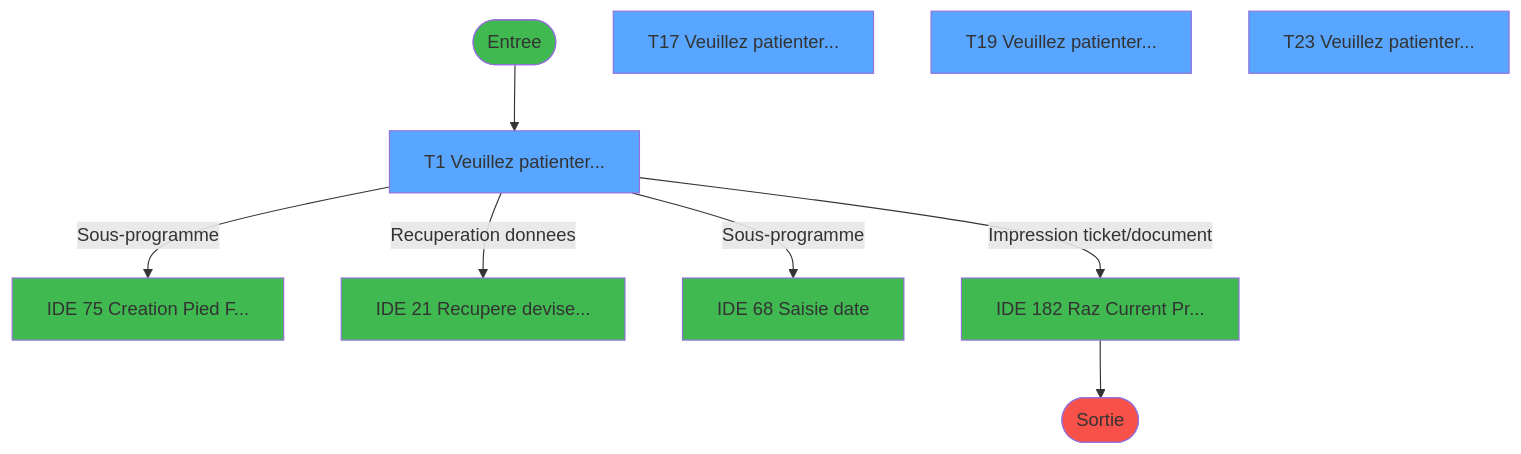
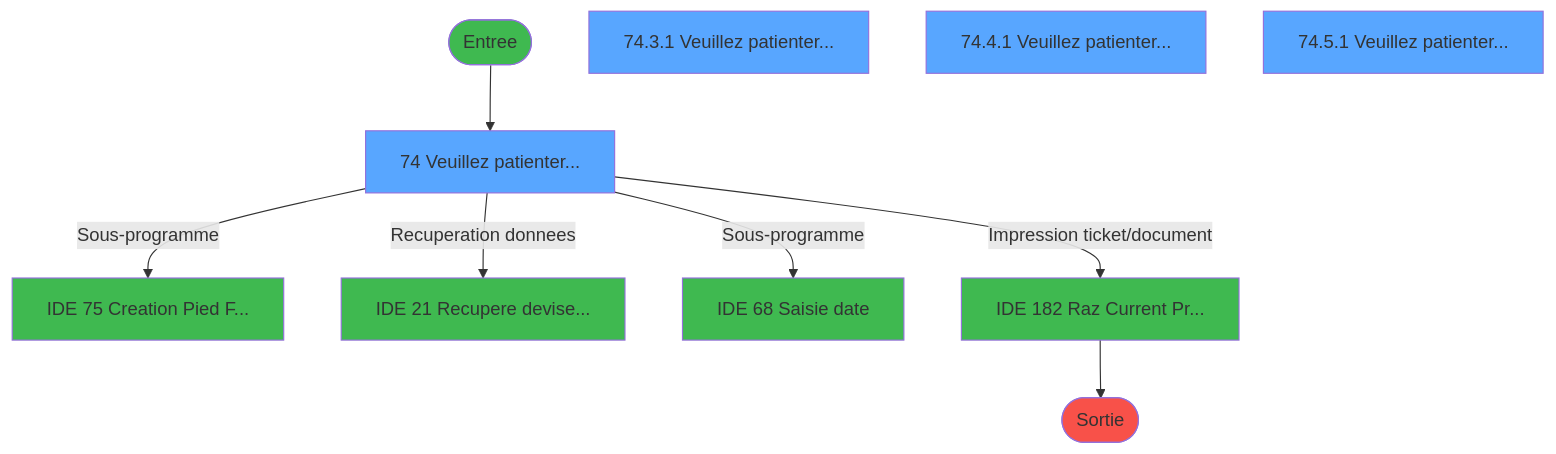
One commit to thonyAGP/lecteur-magic changed the first of 4 diagrams in .openspec/specs/ADH-IDE-74.md. Above: the diagram before and after it, drawn with Mermaid. The commit also changed other lines of this file and 493 other files, not shown here.

````diff
--- a/.openspec/specs/ADH-IDE-74.md
+++ b/.openspec/specs/ADH-IDE-74.md
@@ -604,29 +656,29 @@
 ```mermaid
 flowchart TD
     START([Entree])
     style START fill:#3fb950
-    VF1[T1 Veuillez patienter...]
+    VF1[74 Veuillez patienter...]
     style VF1 fill:#58a6ff
-    VF17[T17 Veuillez patienter...]
+    VF17[74.3.1 Veuillez patienter...]
     style VF17 fill:#58a6ff
-    VF19[T19 Veuillez patienter...]
+    VF19[74.4.1 Veuillez patienter...]
     style VF19 fill:#58a6ff
-    VF23[T23 Veuillez patienter...]
+    VF23[74.5.1 Veuillez patienter...]
     style VF23 fill:#58a6ff
     EXT75[IDE 75 Creation Pied F...]
     style EXT75 fill:#3fb950
     EXT21[IDE 21 Recupere devise...]
     style EXT21 fill:#3fb950
     EXT68[IDE 68 Saisie date]
     style EXT68 fill:#3fb950
     EXT182[IDE 182 Raz Current Pr...]
     style EXT182 fill:#3fb950
     FIN([Sortie])
     style FIN fill:#f85149
     START --> VF1
     VF1 -->|Sous-programme| EXT75
     VF1 -->|Recuperation donnees| EXT21
     VF1 -->|Sous-programme| EXT68
     VF1 -->|Impression ticket/document| EXT182
     EXT182 --> FIN
 ```
````
